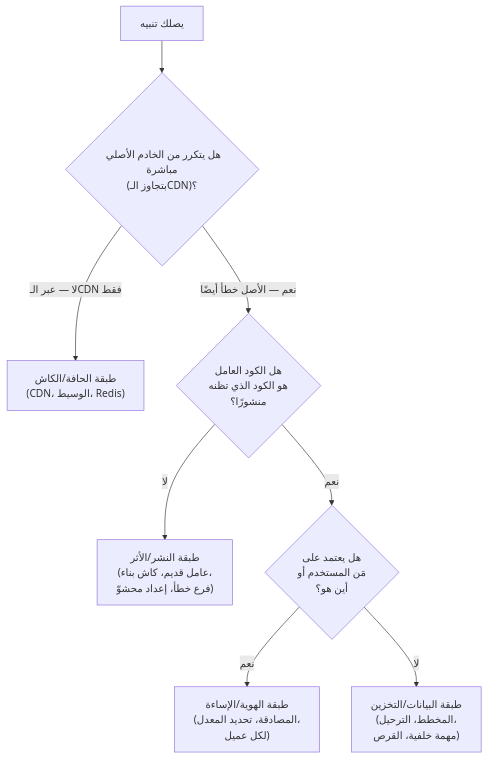
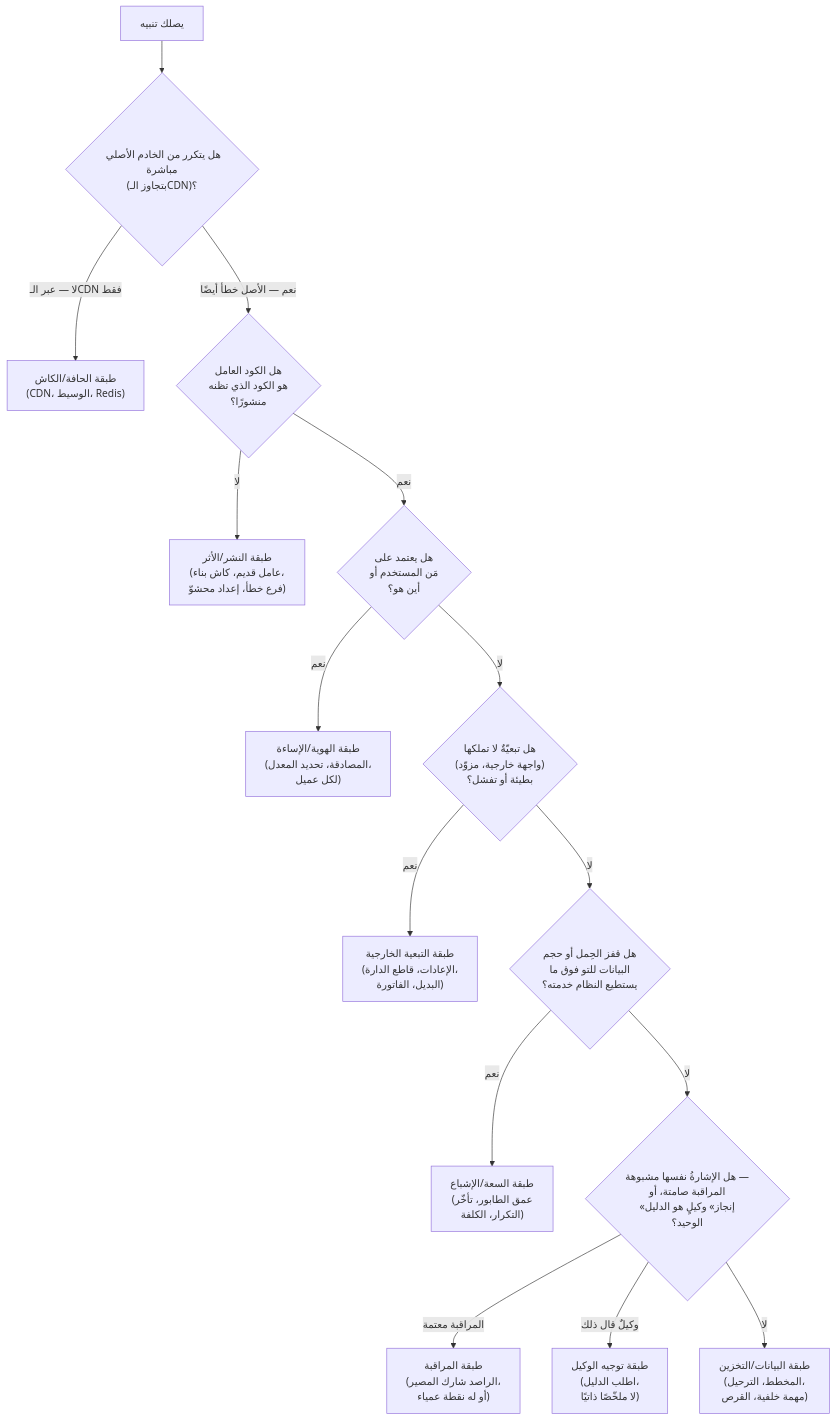
The first of 2 diagrams in modules/12-capstone/module.ar.md (Tamoura/system-design-for-vibe-coders), drawn with Mermaid before and after one commit. The commit also changed other lines of this file and 3 other files, not shown here.

````diff
--- a/modules/12-capstone/module.ar.md
+++ b/modules/12-capstone/module.ar.md
@@ -25,10 +25,17 @@
 ```mermaid
 flowchart TD
     P["يصلك تنبيه"] --> Q0{"هل يتكرر من الخادم الأصلي مباشرة<br/>(بتجاوز الـCDN)؟"}
     Q0 -->|"لا — عبر الـCDN فقط"| EDGE["طبقة الحافة/الكاش<br/>(CDN، الوسيط، Redis)"]
     Q0 -->|"نعم — الأصل خطأ أيضًا"| Q1{"هل الكود العامل<br/>هو الكود الذي تظنه<br/>منشورًا؟"}
     Q1 -->|"لا"| DEPLOY["طبقة النشر/الأثر<br/>(عامل قديم، كاش بناء،<br/>فرع خطأ، إعداد محشوّ)"]
     Q1 -->|"نعم"| Q2{"هل يعتمد على<br/>مَن المستخدم أو<br/>أين هو؟"}
     Q2 -->|"نعم"| IDENT["طبقة الهوية/الإساءة<br/>(المصادقة، تحديد المعدل،<br/>لكل عميل)"]
-    Q2 -->|"لا"| DATA["طبقة البيانات/التخزين<br/>(المخطط، الترحيل،<br/>مهمة خلفية، القرص)"]
+    Q2 -->|"لا"| Q3{"هل تبعيّةٌ لا تملكها<br/>(واجهة خارجية، مزوّد)<br/>بطيئة أو تفشل؟"}
+    Q3 -->|"نعم"| THIRD["طبقة التبعية الخارجية<br/>(الإعادات، قاطع الدارة،<br/>البديل، الفاتورة)"]
+    Q3 -->|"لا"| Q4{"هل قفز الحِمل أو حجم<br/>البيانات للتو فوق ما<br/>يستطيع النظام خدمته؟"}
+    Q4 -->|"نعم"| CAP["طبقة السعة/الإشباع<br/>(عمق الطابور، تأخّر<br/>التكرار، الكلفة)"]
+    Q4 -->|"لا"| Q5{"هل الإشارةُ نفسها مشبوهة —<br/>المراقبة صامتة، أو<br/>«إنجاز» وكيلٍ هو الدليل<br/>الوحيد؟"}
+    Q5 -->|"المراقبة معتمة"| BLIND["طبقة المراقبة<br/>(الراصد شارك المصير،<br/>أو له نقطة عمياء)"]
+    Q5 -->|"وكيلٌ قال ذلك"| AGENT["طبقة توجيه الوكيل<br/>(اطلب الدليل،<br/>لا ملخّصًا ذاتيًا)"]
+    Q5 -->|"لا"| DATA["طبقة البيانات/التخزين<br/>(المخطط، الترحيل،<br/>مهمة خلفية، القرص)"]
 ```
````
